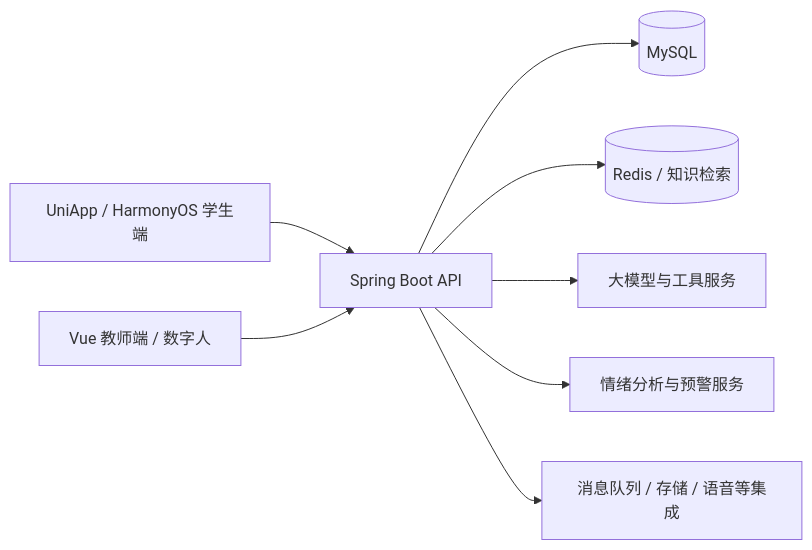
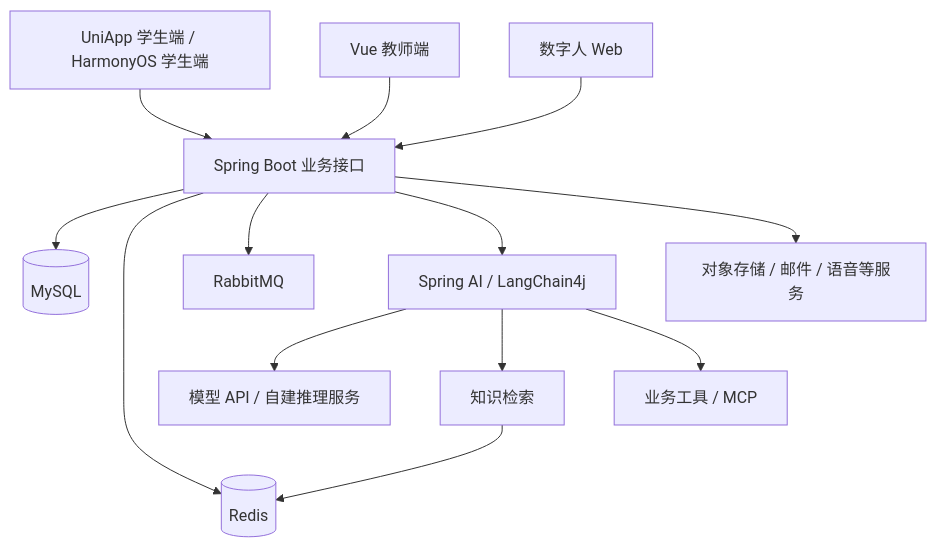
The diagram in README.md (myheart521/xinqing), drawn with Mermaid before and after one commit. The commit also changed other lines of this file, not shown here.

````diff
--- a/README.md
+++ b/README.md
@@ -83,10 +79,15 @@
 ```mermaid
-flowchart LR
-    U[UniApp / HarmonyOS 学生端] --> API[Spring Boot API]
-    V[Vue 教师端 / 数字人] --> API
-    API --> DB[(MySQL)]
-    API --> R[(Redis / 知识检索)]
-    API --> M[大模型与工具服务]
-    API --> E[情绪分析与预警服务]
-    API --> X[消息队列 / 存储 / 语音等集成]
+flowchart TB
+    S[UniApp 学生端 / HarmonyOS 学生端] --> A[Spring Boot 业务接口]
+    T[Vue 教师端] --> A
+    D[数字人 Web] --> A
+    A --> DB[(MySQL)]
+    A --> R[(Redis)]
+    A --> MQ[RabbitMQ]
+    A --> AI[Spring AI / LangChain4j]
+    AI --> L[模型 API / 自建推理服务]
+    AI --> K[知识检索]
+    K --> R
+    AI --> TOOL[业务工具 / MCP]
+    A --> EXT[对象存储 / 邮件 / 语音等服务]
 ```
````
